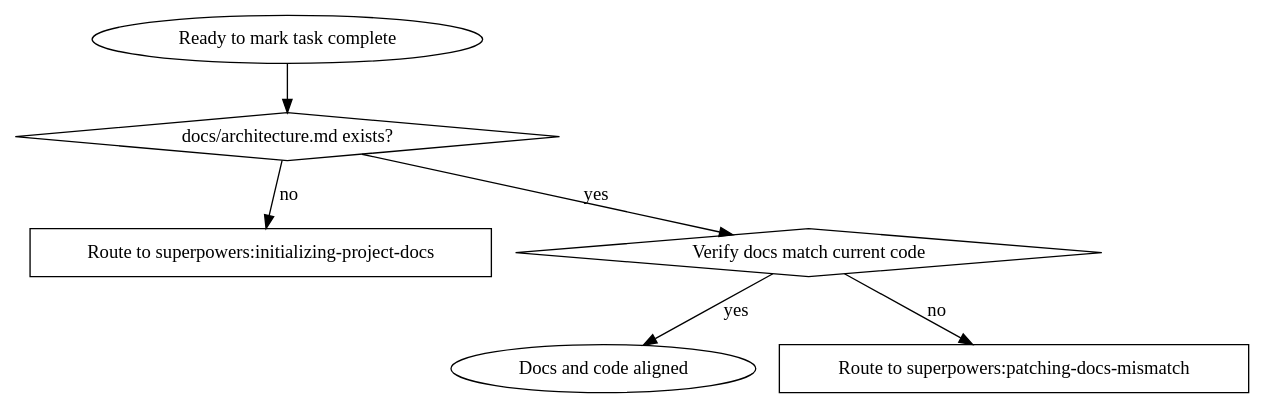
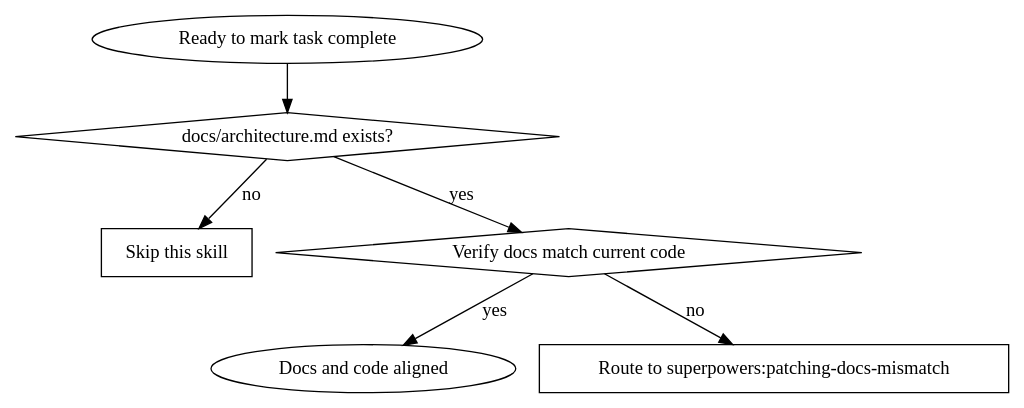
Before and after one commit to Seele64/superpowers-auto-docs: the diagram in skills/maintaining-docs-sync/SKILL.md, drawn with Graphviz. The commit also changed other lines of this file and 10 other files, not shown here.

````diff
--- a/skills/maintaining-docs-sync/SKILL.md
+++ b/skills/maintaining-docs-sync/SKILL.md
@@ -23,17 +23,17 @@
 ```dot
 digraph docs_sync_check_flow {
     rankdir=TB;
     start [label="Ready to mark task complete", shape=ellipse];
     check [label="docs/architecture.md exists?", shape=diamond];
-    missing [label="Route to superpowers:initializing-project-docs", shape=box];
+   missing [label="Skip this skill", shape=box];
     verify [label="Verify docs match current code", shape=diamond];
     aligned [label="Docs and code aligned", shape=ellipse];
     mismatch [label="Route to superpowers:patching-docs-mismatch", shape=box];
 
     start -> check;
     check -> missing [label="no"];
     check -> verify [label="yes"];
     verify -> aligned [label="yes"];
     verify -> mismatch [label="no"];
 }
 ```
````
